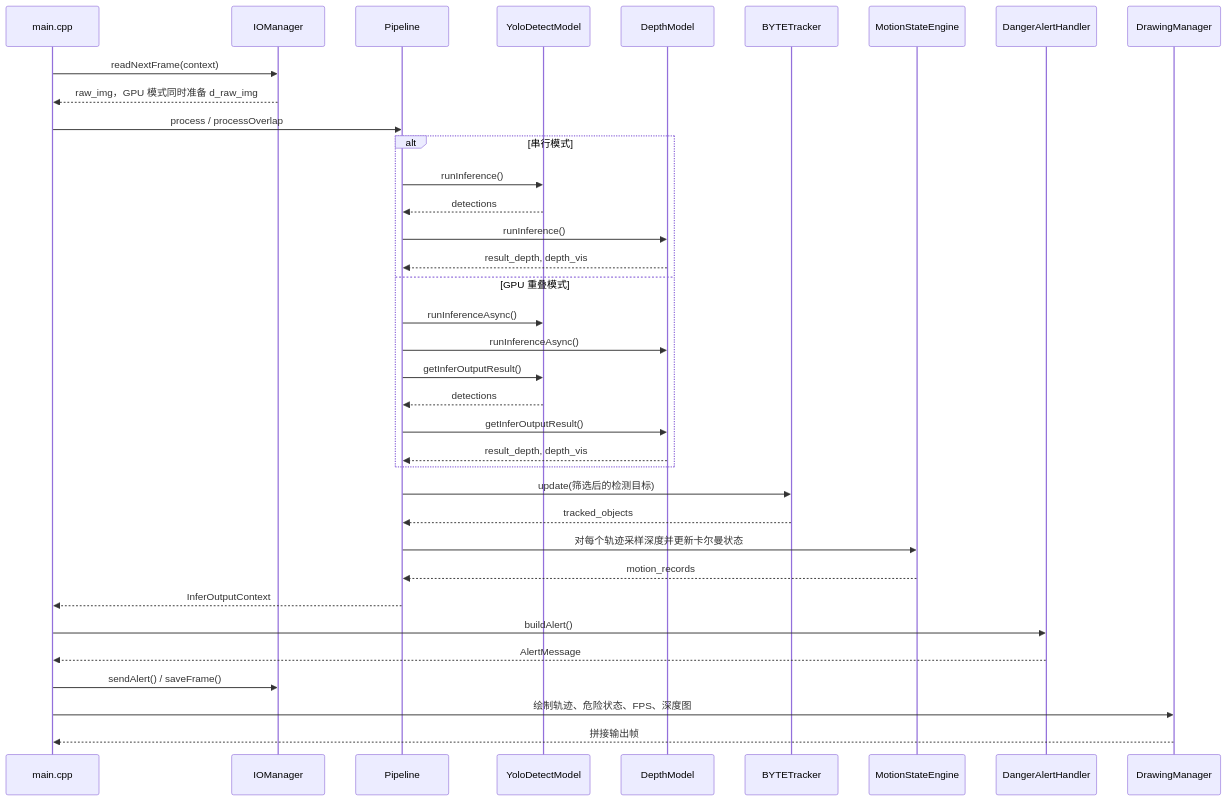
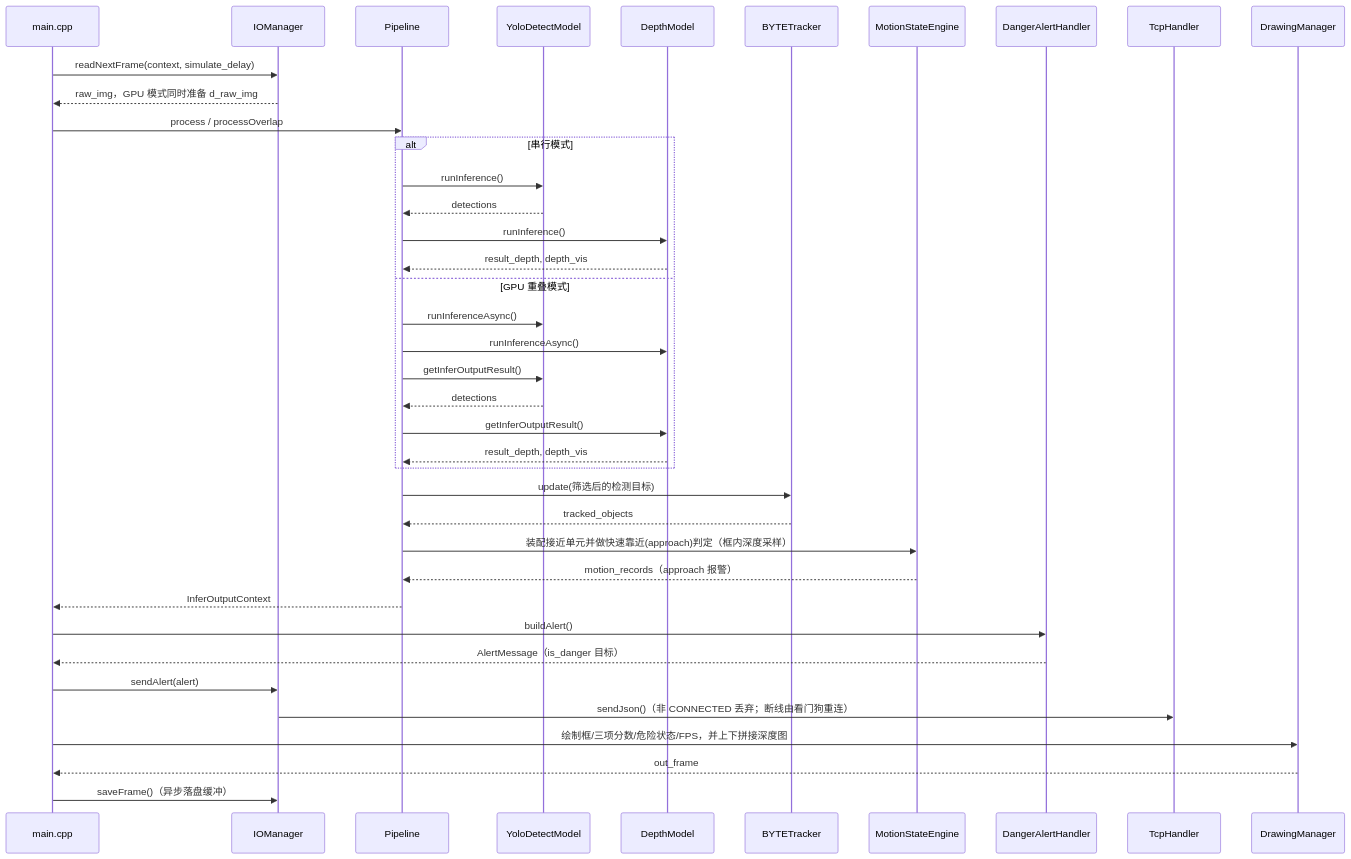
Before and after one commit to yzfzzz/depth-detect: the diagram in README.md, drawn with Mermaid. The commit also changed other lines of this file, not shown here.

````diff
--- a/README.md
+++ b/README.md
@@ -83,42 +166,45 @@
 ```mermaid
 sequenceDiagram
     participant Main as main.cpp
     participant IO as IOManager
     participant Pipe as Pipeline
     participant Yolo as YoloDetectModel
     participant Depth as DepthModel
     participant Track as BYTETracker
     participant Motion as MotionStateEngine
     participant Alert as DangerAlertHandler
+    participant Tcp as TcpHandler
     participant Draw as DrawingManager
 
-    Main->>IO: readNextFrame(context)
+    Main->>IO: readNextFrame(context, simulate_delay)
     IO-->>Main: raw_img，GPU 模式同时准备 d_raw_img
     Main->>Pipe: process / processOverlap
 
     alt 串行模式
         Pipe->>Yolo: runInference()
         Yolo-->>Pipe: detections
         Pipe->>Depth: runInference()
         Depth-->>Pipe: result_depth, depth_vis
     else GPU 重叠模式
         Pipe->>Yolo: runInferenceAsync()
         Pipe->>Depth: runInferenceAsync()
         Pipe->>Yolo: getInferOutputResult()
         Yolo-->>Pipe: detections
         Pipe->>Depth: getInferOutputResult()
         Depth-->>Pipe: result_depth, depth_vis
     end
 
     Pipe->>Track: update(筛选后的检测目标)
     Track-->>Pipe: tracked_objects
-    Pipe->>Motion: 对每个轨迹采样深度并更新卡尔曼状态
-    Motion-->>Pipe: motion_records
+    Pipe->>Motion: 装配接近单元并做快速靠近(approach)判定（框内深度采样）
+    Motion-->>Pipe: motion_records（approach 报警）
     Pipe-->>Main: InferOutputContext
 
     Main->>Alert: buildAlert()
-    Alert-->>Main: AlertMessage
-    Main->>IO: sendAlert() / saveFrame()
-    Main->>Draw: 绘制轨迹、危险状态、FPS、深度图
-    Draw-->>Main: 拼接输出帧
+    Alert-->>Main: AlertMessage（is_danger 目标）
+    Main->>IO: sendAlert(alert)
+    IO->>Tcp: sendJson()（非 CONNECTED 丢弃；断线由看门狗重连）
+    Main->>Draw: 绘制框/三项分数/危险状态/FPS，并上下拼接深度图
+    Draw-->>Main: out_frame
+    Main->>IO: saveFrame()（异步落盘缓冲）
 ```
````
